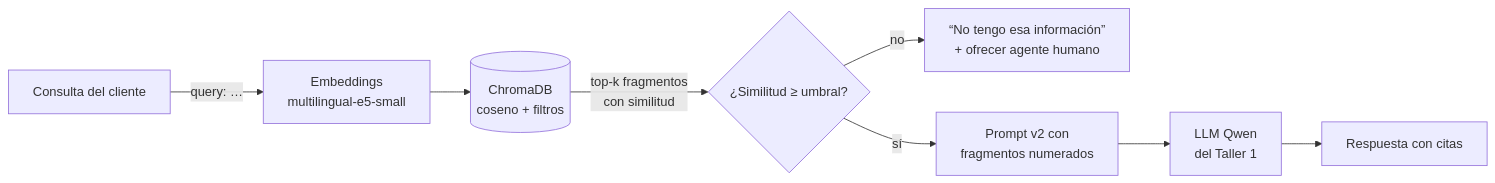
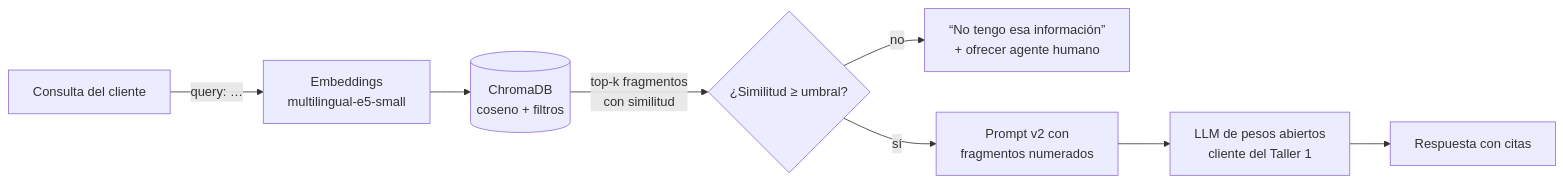
One commit to peteralbeiro09-hub/Taller-practico-2 changed the diagram in docs/fase1_componentes.md. Above: the diagram before and after it, drawn with Mermaid. The commit also changed other lines of this file and 14 other files, not shown here.

````diff
--- a/docs/fase1_componentes.md
+++ b/docs/fase1_componentes.md
@@ -91,10 +91,10 @@
 ```mermaid
 flowchart LR
     Q[Consulta del cliente] -->|query: …| E[Embeddings<br/>multilingual-e5-small]
     E --> V[(ChromaDB<br/>coseno + filtros)]
     V -->|top-k fragmentos<br/>con similitud| U{¿Similitud ≥ umbral?}
     U -->|no| N[“No tengo esa información”<br/>+ ofrecer agente humano]
     U -->|sí| P[Prompt v2 con<br/>fragmentos numerados]
-    P --> L[LLM Qwen<br/>del Taller 1]
+    P --> L[LLM de pesos abiertos<br/>cliente del Taller 1]
     L --> R[Respuesta con citas]
 ```
````
